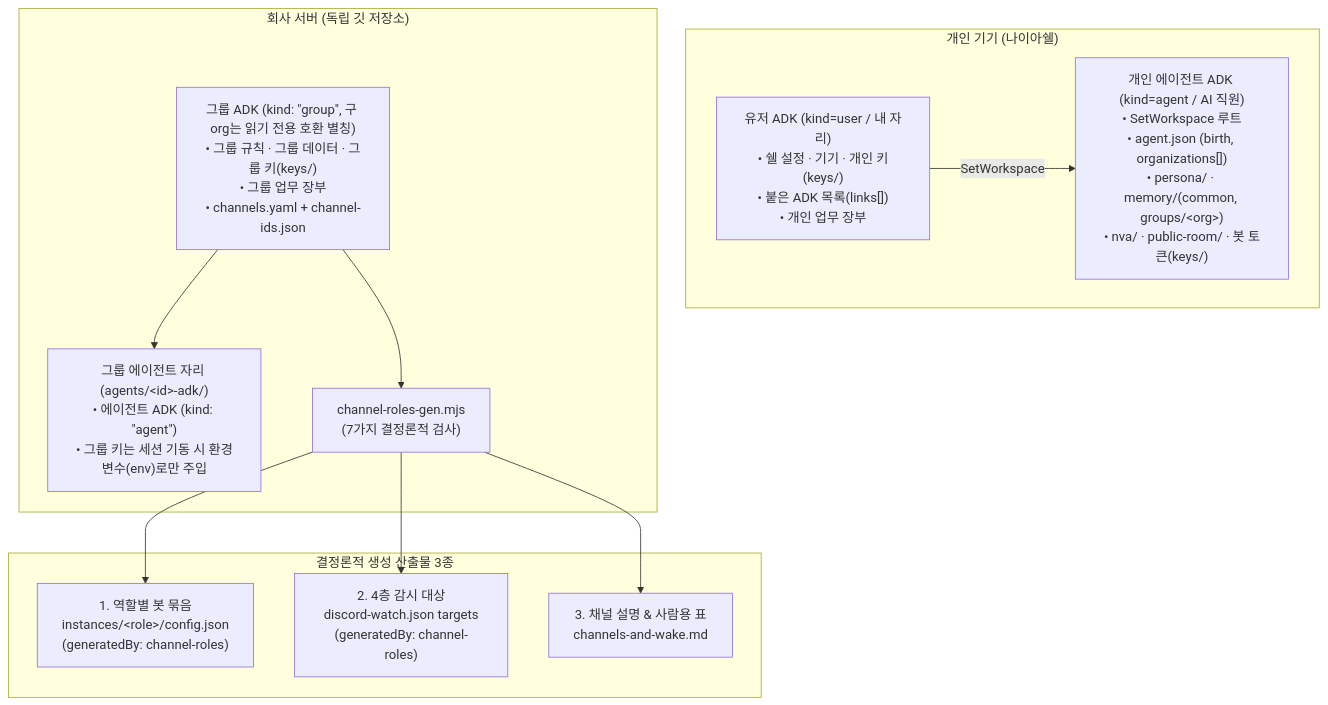
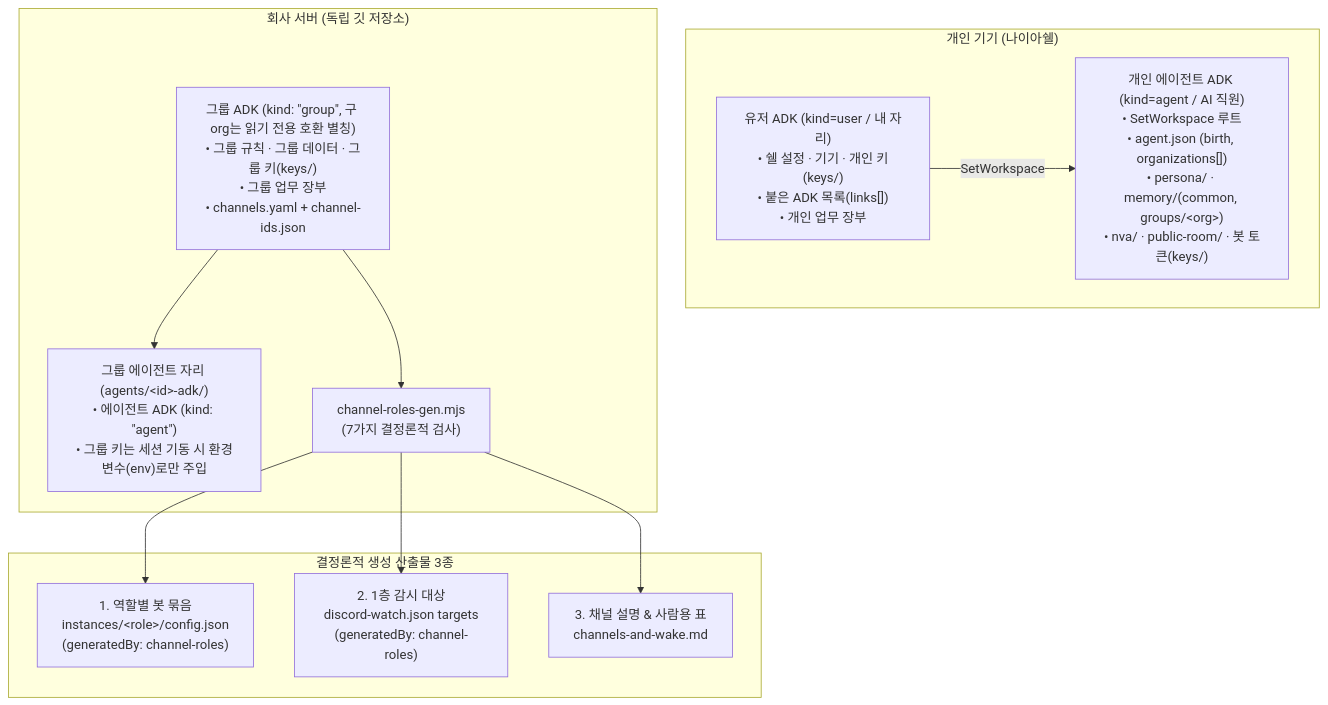
Before and after one commit to nextain/naia-adk: the diagram in rules/discord-channel-roles-and-org-adk.md, drawn with Mermaid. The commit also changed other lines of this file and 28 other files, not shown here.

````diff
--- a/rules/discord-channel-roles-and-org-adk.md
+++ b/rules/discord-channel-roles-and-org-adk.md
@@ -31,26 +31,26 @@
 ```mermaid
 flowchart TB
     subgraph UserDevice["개인 기기 (나이아쉘)"]
         U["유저 ADK (kind=user / 내 자리)<br/>• 쉘 설정 · 기기 · 개인 키(keys/)<br/>• 붙은 ADK 목록(links[])<br/>• 개인 업무 장부"]
         A1["개인 에이전트 ADK (kind=agent / AI 직원)<br/>• SetWorkspace 루트<br/>• agent.json (birth, organizations[])<br/>• persona/ · memory/(common, groups/&lt;org&gt;)<br/>• nva/ · public-room/ · 봇 토큰(keys/)"]
         U -->|SetWorkspace| A1
     end
 
     subgraph OrgServer["회사 서버 (독립 깃 저장소)"]
         O["그룹 ADK (kind: &quot;group&quot;, 구 org는 읽기 전용 호환 별칭)<br/>• 그룹 규칙 · 그룹 데이터 · 그룹 키(keys/)<br/>• 그룹 업무 장부<br/>• channels.yaml + channel-ids.json"]
         SLOT["그룹 에이전트 자리 (agents/&lt;id&gt;-adk/)<br/>• 에이전트 ADK (kind: &quot;agent&quot;)<br/>• 그룹 키는 세션 기동 시 환경변수(env)로만 주입"]
         GEN["channel-roles-gen.mjs<br/>(7가지 결정론적 검사)"]
         O --> SLOT
         O --> GEN
     end
 
     subgraph Outputs["결정론적 생성 산출물 3종"]
         OUT1["1. 역할별 봇 묶음<br/>instances/&lt;role&gt;/config.json<br/>(generatedBy: channel-roles)"]
-        OUT2["2. 4층 감시 대상<br/>discord-watch.json targets<br/>(generatedBy: channel-roles)"]
+        OUT2["2. 1층 감시 대상<br/>discord-watch.json targets<br/>(generatedBy: channel-roles)"]
         OUT3["3. 채널 설명 & 사람용 표<br/>channels-and-wake.md"]
     end
 
     GEN --> OUT1
     GEN --> OUT2
     GEN --> OUT3
 ```
````
